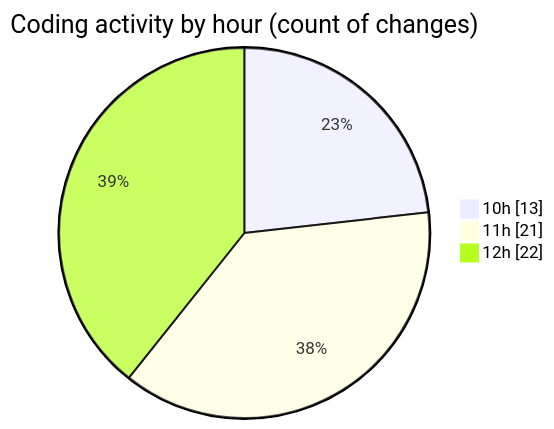
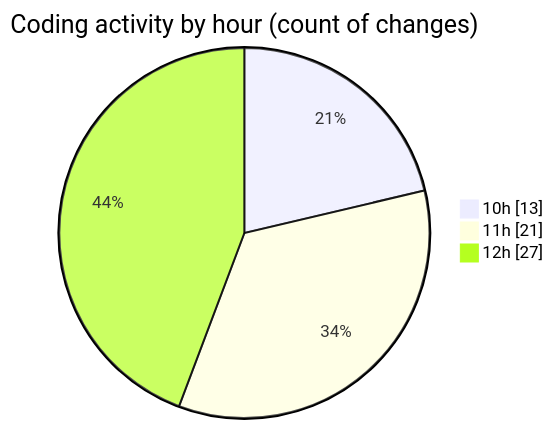
Before and after one commit to momahboobian/code-tracking: the second of 2 diagrams in 2025-06-19/cda/README.md, drawn with Mermaid. The commit also changed other lines of this file and 1 other file, not shown here.

````diff
--- a/2025-06-19/cda/README.md
+++ b/2025-06-19/cda/README.md
@@ -37,7 +39,7 @@
 ```mermaid
 pie showData
 title Coding activity by hour (count of changes)
 "10h" : 13
 "11h" : 21
-"12h" : 22
+"12h" : 27
 ```
````
